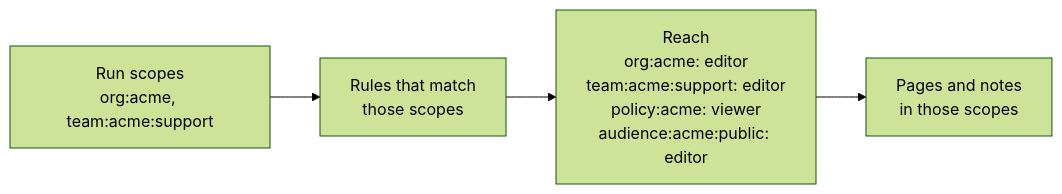
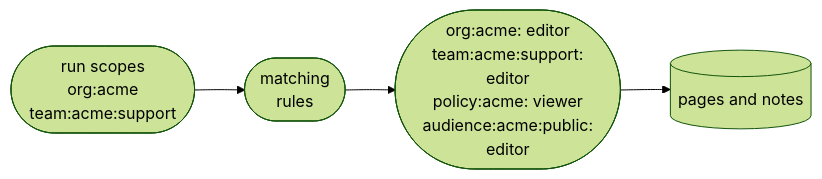
Before and after one commit to mastra-ai/mastra: the diagram in docs/src/content/en/docs/knowledge/scopes-and-access.mdx, drawn with Mermaid (forest theme).

Commit message:
docs(knowledge): align the access diagram with the diagram styleguide
Add accTitle/accDescr, stadium steps, a cyl node for stored pages and
notes, and lowercase labels.

https://github.com/mastra-ai/mastra/pull/28939#discussion_r4459194103

````diff
--- a/docs/src/content/en/docs/knowledge/scopes-and-access.mdx
+++ b/docs/src/content/en/docs/knowledge/scopes-and-access.mdx
@@ -168,6 +168,8 @@
 ```mermaid
 flowchart LR
-  A["Run scopes<br/>org:acme, team:acme:support"] --> B["Rules that match<br/>those scopes"]
-  B --> C["Reach<br/>org:acme: editor<br/>team:acme:support: editor<br/>policy:acme: viewer<br/>audience:acme:public: editor"]
-  C --> D["Pages and notes<br/>in those scopes"]
+  accTitle: How a run's scopes become roles
+  accDescr: The run's scopes match access rules, which give it a role in org:acme, team:acme:support, policy:acme and audience:acme:public. The run can use the pages and notes in those scopes.
+  scopes(["run scopes<br/>org:acme<br/>team:acme:support"]) --> rules(["matching<br/>rules"])
+  rules --> roles(["org:acme: editor<br/>team:acme:support:<br/>editor<br/>policy:acme: viewer<br/>audience:acme:public:<br/>editor"])
+  roles --> pages@{ shape: cyl, label: "pages and notes" }
 ```
````
